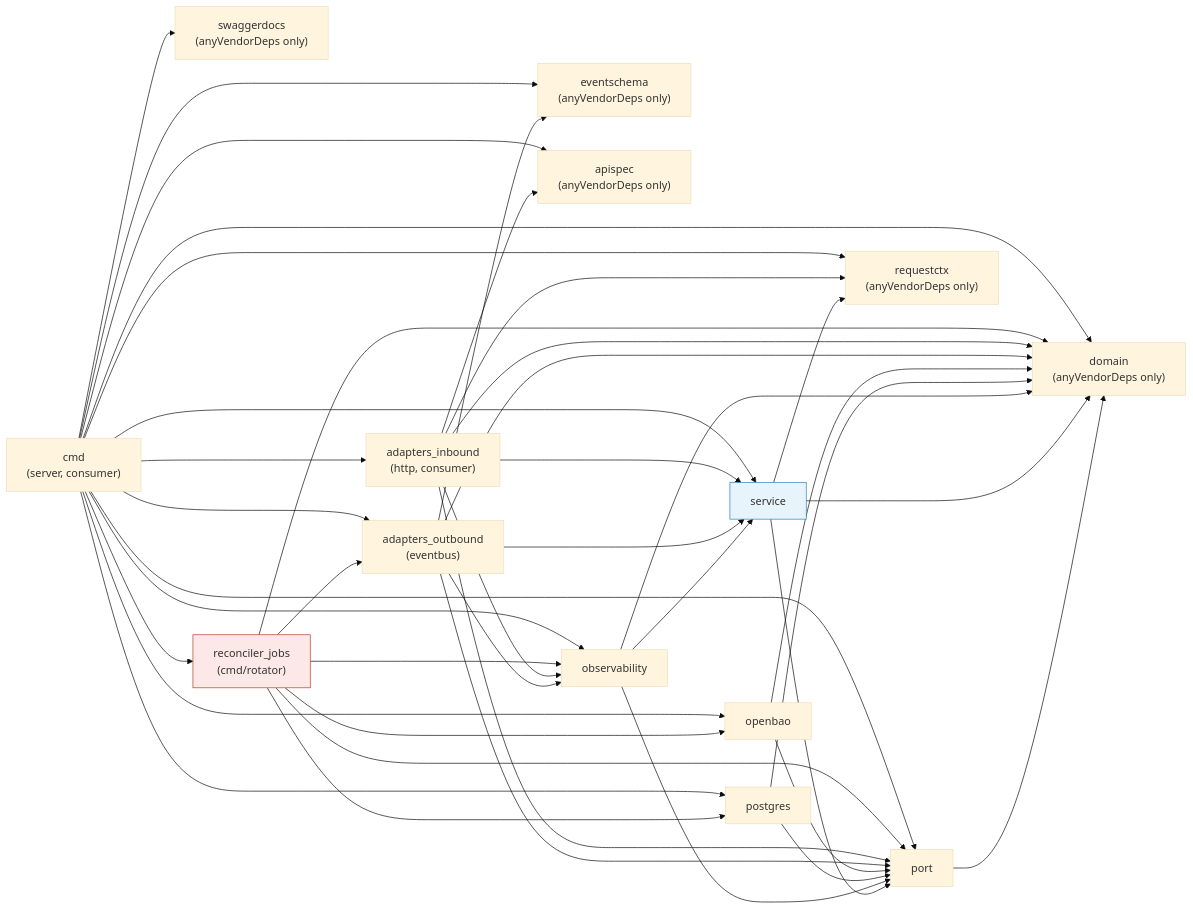
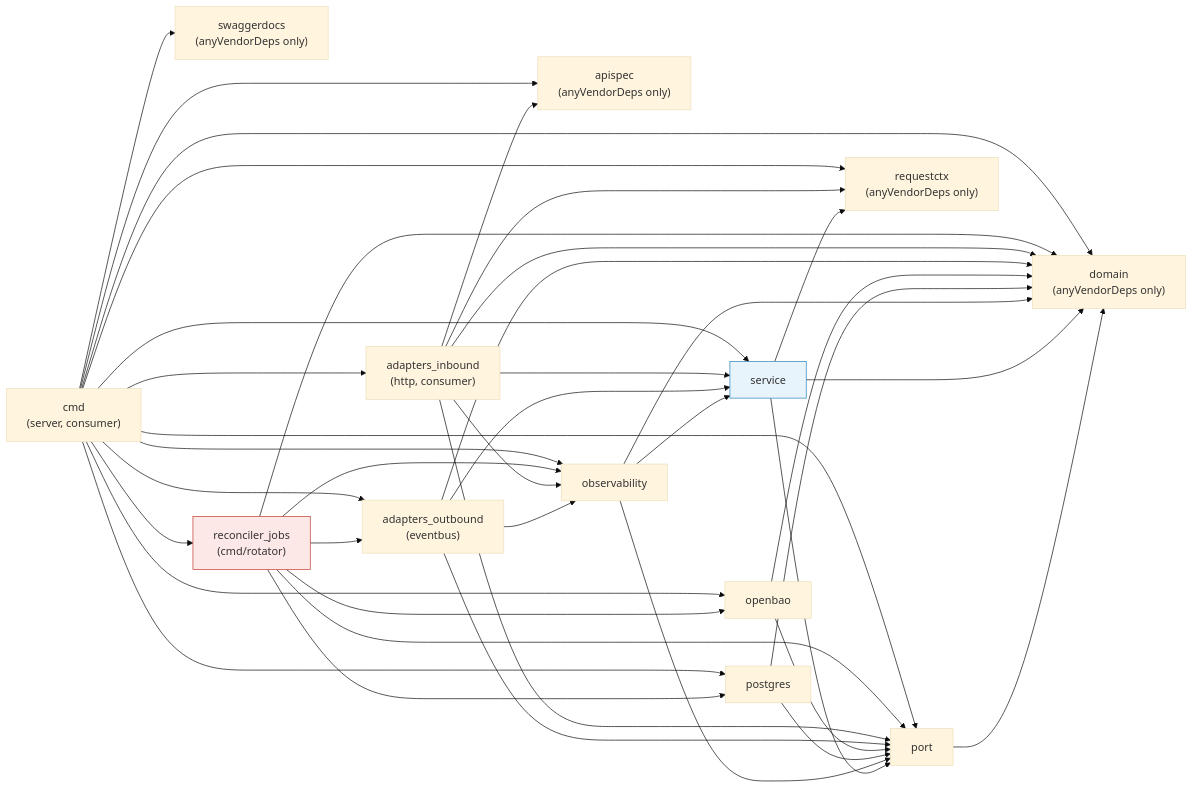
The diagram in docs/architecture/mermaid/package-dependencies.mmd (BCBP-SOLUTIONS-FZC-LLC/iam-token-service), drawn with Mermaid (base theme) before and after one commit. The commit also changed 26 other files, not shown here.

```diff
--- a/docs/architecture/mermaid/package-dependencies.mmd
+++ b/docs/architecture/mermaid/package-dependencies.mmd
@@ -1,64 +1,61 @@
 %% Go import graph mirroring .go-arch-lint.yml's deps: block exactly.
 %% This is the enforceable contract — `make arch-lint` fails CI on any
 %% edge not drawn here.
 graph LR
     domain["domain<br/>(anyVendorDeps only)"]
     port["port"] --> domain
     requestctx["requestctx<br/>(anyVendorDeps only)"]
     service["service"] --> domain
     service --> port
     service --> requestctx
 
-    eventschema["eventschema<br/>(anyVendorDeps only)"]
     apispec["apispec<br/>(anyVendorDeps only)"]
     swaggerdocs["swaggerdocs<br/>(anyVendorDeps only)"]
 
     observability["observability"] --> domain
     observability --> port
     observability --> service
 
     postgres["postgres"] --> domain
     postgres --> port
 
     openbao["openbao"] --> domain
     openbao --> port
 
     adapters_outbound["adapters_outbound<br/>(eventbus)"] --> domain
     adapters_outbound --> port
     adapters_outbound --> service
-    adapters_outbound --> eventschema
     adapters_outbound --> observability
 
     adapters_inbound["adapters_inbound<br/>(http, consumer)"] --> domain
     adapters_inbound --> port
     adapters_inbound --> service
     adapters_inbound --> requestctx
     adapters_inbound --> apispec
     adapters_inbound --> observability
 
     reconciler_jobs["reconciler_jobs<br/>(cmd/rotator)"] --> domain
     reconciler_jobs --> port
     reconciler_jobs --> postgres
     reconciler_jobs --> openbao
     reconciler_jobs --> observability
     reconciler_jobs --> adapters_outbound
 
     cmd["cmd<br/>(server, consumer)"] --> domain
     cmd --> port
     cmd --> service
     cmd --> requestctx
-    cmd --> eventschema
     cmd --> apispec
     cmd --> swaggerdocs
     cmd --> postgres
     cmd --> openbao
     cmd --> adapters_inbound
     cmd --> adapters_outbound
     cmd --> observability
     cmd --> reconciler_jobs
 
     %% The one rule most worth calling out: reconciler_jobs may NOT
     %% depend on service — cmd/rotator drives postgres/openbao directly
     %% under BYPASSRLS, never through the RLS-scoped service layer.
     style reconciler_jobs fill:#fce8e6,stroke:#c0392b
     style service fill:#e8f4fc,stroke:#2980b9
```
